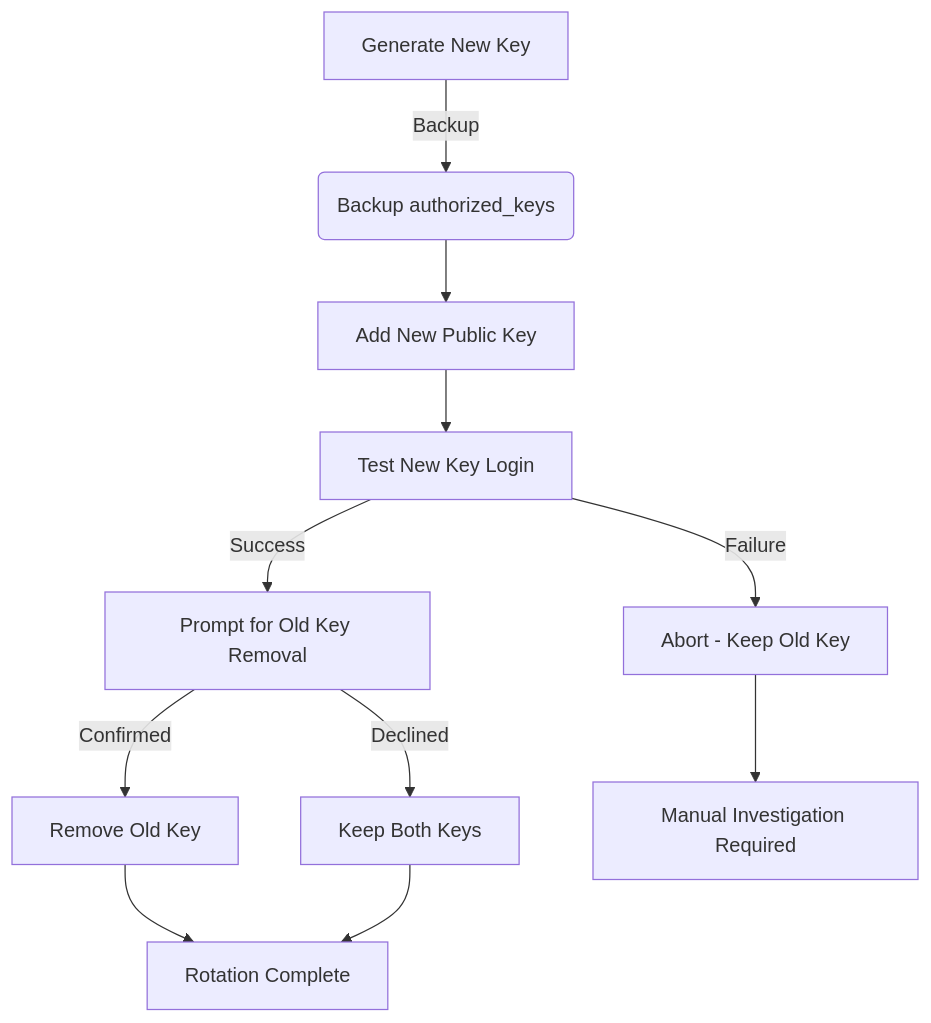
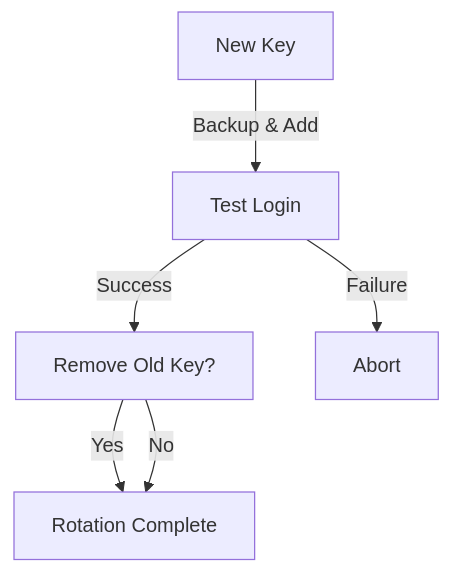
The diagram in ssh-key-rotation/readme.md (lucchesi-sec/cybersec-projects), drawn with Mermaid before and after one commit. The commit also changed 5 other files, not shown here.

Commit message:
docs: simplify mermaid diagrams for better readability

````diff
--- a/ssh-key-rotation/readme.md
+++ b/ssh-key-rotation/readme.md
@@ -16,13 +16,8 @@
 ```mermaid
 graph TD
-    A[Generate New Key] -->|Backup| B(Backup authorized_keys)
-    B --> C[Add New Public Key]
-    C --> D[Test New Key Login]
-    D -->|Success| E[Prompt for Old Key Removal]
-    D -->|Failure| F[Abort - Keep Old Key]
-    E -->|Confirmed| G[Remove Old Key]
-    E -->|Declined| H[Keep Both Keys]
-    G --> I[Rotation Complete]
-    H --> I
-    F --> J[Manual Investigation Required]
+    A[New Key] -->|"Backup & Add"| B[Test Login]
+    B -->|Success| C[Remove Old Key?]
+    B -->|Failure| D[Abort]
+    C -->|Yes| E[Rotation Complete]
+    C -->|No| E
 ```
````
